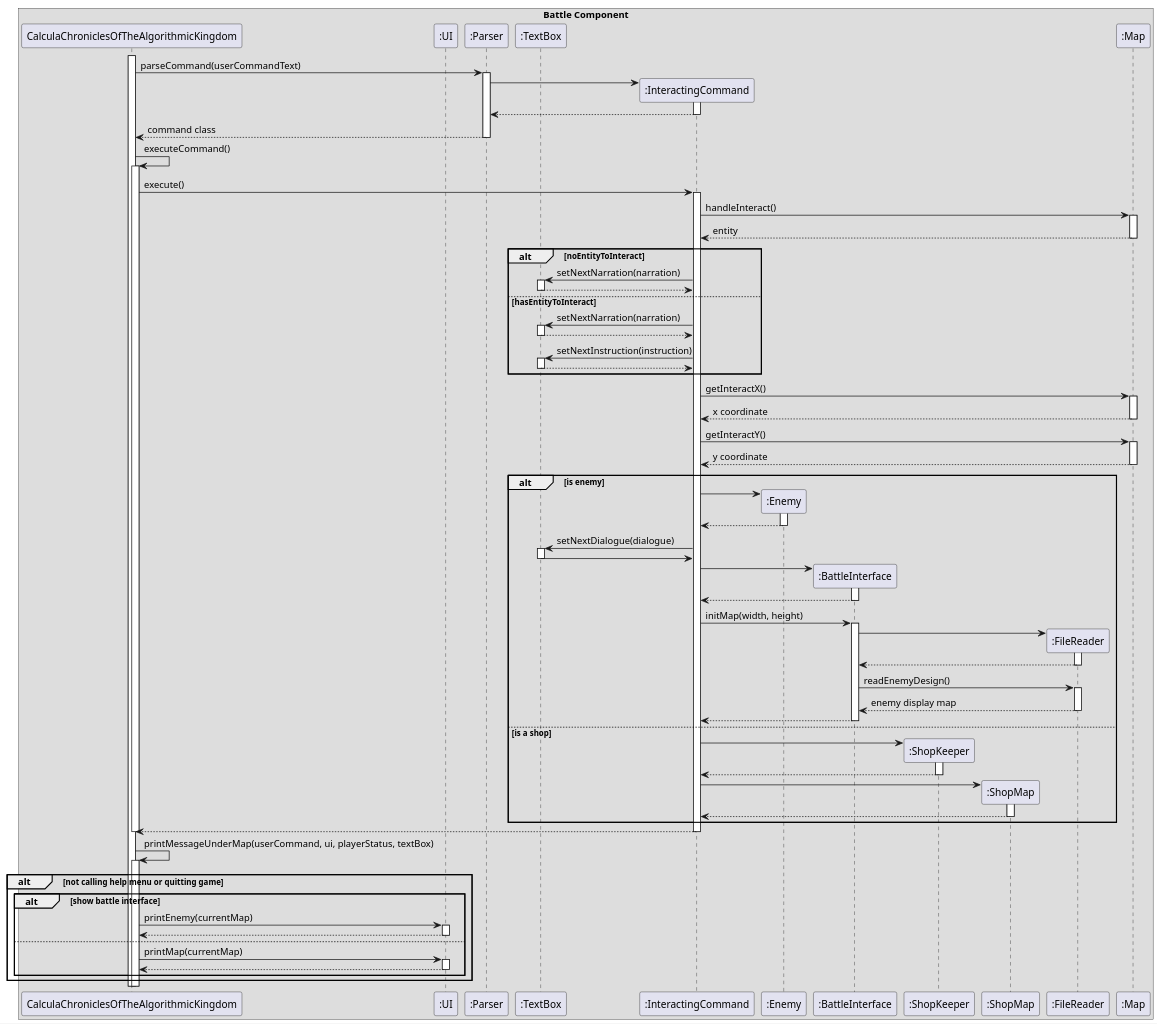
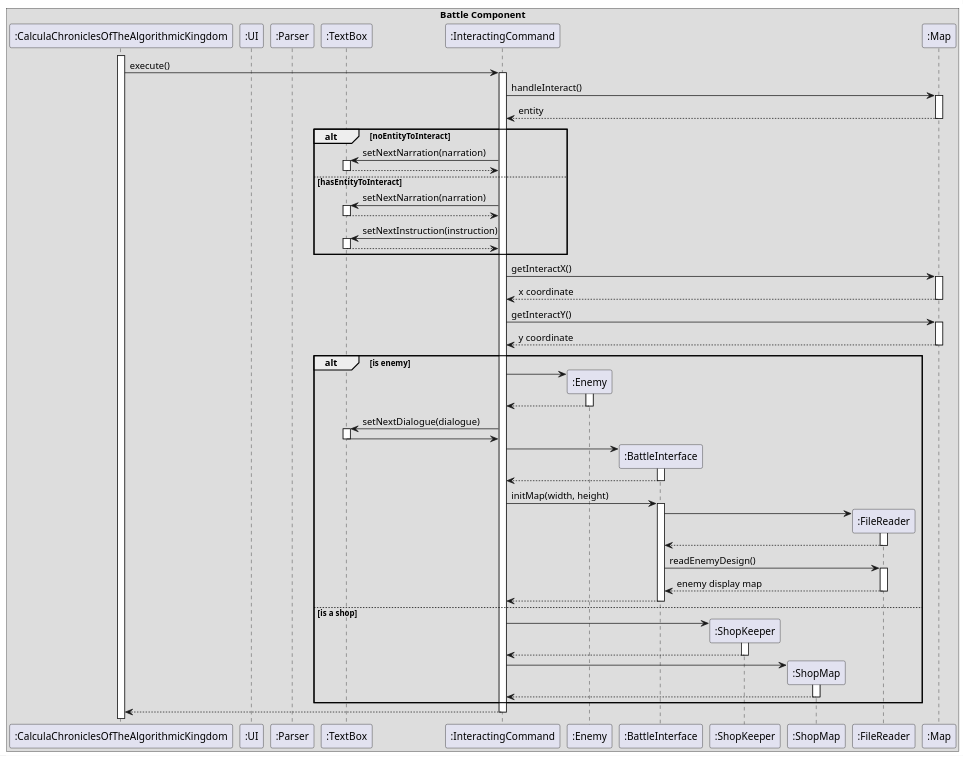
Before and after one commit to aaravrawal52/tp: the diagram in graph/Interaction.puml, drawn with PlantUML. The commit also changed 22 other files, not shown here.

```diff
--- a/graph/Interaction.puml
+++ b/graph/Interaction.puml
@@ -1,118 +1,118 @@
 @startuml
 
 box Battle Component
-participant "CalculaChroniclesOfTheAlgorithmicKingdom" as main
+participant ":CalculaChroniclesOfTheAlgorithmicKingdom" as main
 participant ":UI" as ui
 participant ":Parser" as parser
 participant ":TextBox" as text
 participant ":InteractingCommand" as iCommand
 participant ":Enemy" as e
 participant ":BattleInterface" as bi
 participant ":ShopKeeper" as staff
 participant ":ShopMap" as shopMap
 participant ":FileReader" as fileReader
 participant ":Map" as map
 
 activate main
-main -> parser : parseCommand(userCommandText)
-activate parser
-create iCommand
-parser -> iCommand
-activate iCommand
-iCommand --> parser
-deactivate iCommand
-parser --> main : command class
-deactivate parser
-main -> main : executeCommand()
-activate main
+'main -> parser : parseCommand(userCommandText)
+'activate parser
+'create iCommand
+'parser -> iCommand
+'activate iCommand
+'iCommand --> parser
+'deactivate iCommand
+'parser --> main : command class
+'deactivate parser
+'main -> main : executeCommand()
+'activate main
 main -> iCommand : execute()
 activate iCommand
 iCommand -> map : handleInteract()
 activate map
 map --> iCommand : entity
 deactivate map
 alt noEntityToInteract
     iCommand -> text : setNextNarration(narration)
     activate text
     text --> iCommand
     deactivate text
 else hasEntityToInteract
     iCommand -> text : setNextNarration(narration)
     activate text
     text --> iCommand
     deactivate text
     iCommand -> text : setNextInstruction(instruction)
     activate text
     text --> iCommand
     deactivate text
 end
 iCommand -> map : getInteractX()
 activate map
 map --> iCommand : x coordinate
 deactivate map
 iCommand -> map : getInteractY()
 activate map
 map --> iCommand : y coordinate
 deactivate map
 alt is enemy
     create e
     iCommand -> e
     activate e
     e --> iCommand
     deactivate e
     iCommand -> text : setNextDialogue(dialogue)
     activate text
     text -> iCommand
     deactivate text
     create bi
     iCommand -> bi
     activate bi
     bi --> iCommand
     deactivate bi
     iCommand -> bi : initMap(width, height)
     activate bi
     create fileReader
     bi -> fileReader
     activate fileReader
     fileReader --> bi
     deactivate fileReader
     bi -> fileReader : readEnemyDesign()
     activate fileReader
     fileReader --> bi : enemy display map
     deactivate fileReader
     bi --> iCommand
     deactivate bi
 else is a shop
     create staff
     iCommand -> staff
     activate staff
     staff --> iCommand
     deactivate staff
     create shopMap
     iCommand -> shopMap
     activate shopMap
     shopMap --> iCommand
     deactivate shopMap
 end
 iCommand --> main
 deactivate iCommand
-deactivate main
-main -> main : printMessageUnderMap(userCommand, ui, playerStatus, textBox)
-activate main
-alt not calling help menu or quitting game
-    alt show battle interface
-        main -> ui : printEnemy(currentMap)
-        activate ui
-        ui --> main
-        deactivate ui
-    else
-        main -> ui : printMap(currentMap)
-        activate ui
-        ui --> main
-        deactivate ui
-    end
-end
+'deactivate main
+'main -> main : printMessageUnderMap(userCommand, ui, playerStatus, textBox)
+'activate main
+'alt not calling help menu or quitting game
+'    alt show battle interface
+'        main -> ui : printEnemy(currentMap)
+'        activate ui
+'        ui --> main
+'        deactivate ui
+'    else
+'        main -> ui : printMap(currentMap)
+'        activate ui
+'        ui --> main
+'        deactivate ui
+'    end
+'end
 
 end box
 
 @enduml
```
